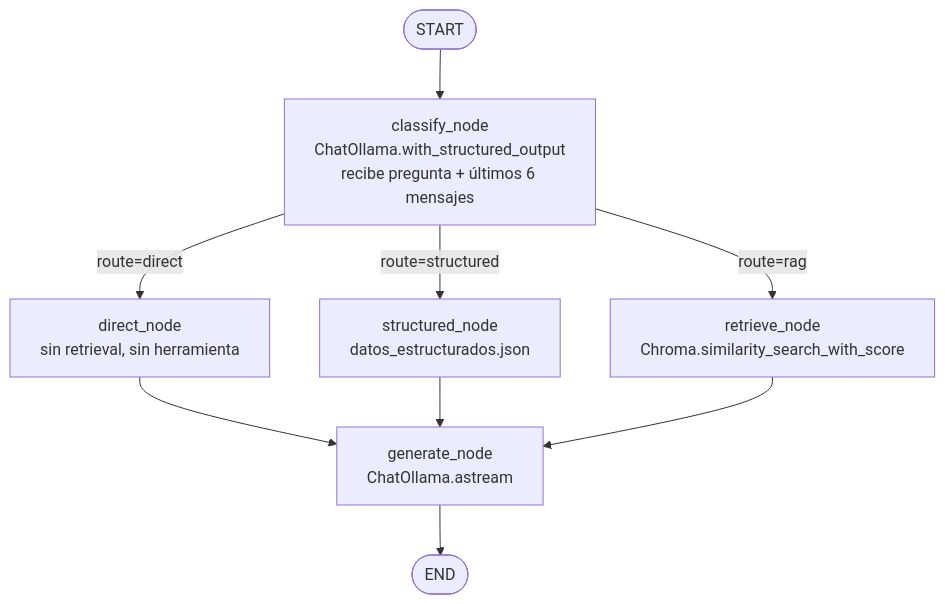
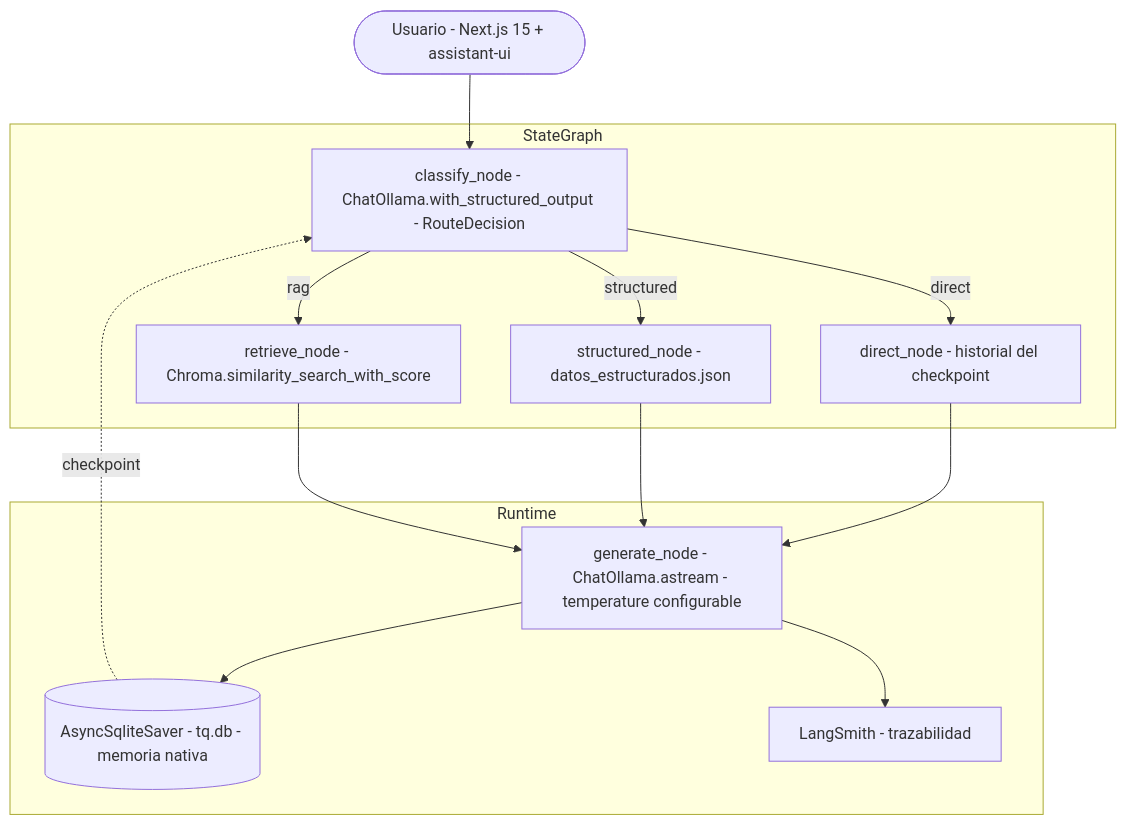
The second of 4 diagrams in README.md (dimarior/tq_chatbot), drawn with Mermaid before and after one commit. The commit also changed other lines of this file, not shown here.

````diff
--- a/README.md
+++ b/README.md
@@ -290,11 +162,24 @@
 ```mermaid
 flowchart TD
-    START([START]) --> CL[classify_node<br/>ChatOllama.with_structured_output<br/>recibe pregunta + últimos 6 mensajes]
-    CL -->|route=direct| DR[direct_node<br/>sin retrieval, sin herramienta]
-    CL -->|route=structured| ST[structured_node<br/>datos_estructurados.json]
-    CL -->|route=rag| RT[retrieve_node<br/>Chroma.similarity_search_with_score]
-    DR --> GN[generate_node<br/>ChatOllama.astream]
+    U([Usuario - Next.js 15 + assistant-ui]) --> CL
+
+    subgraph StateGraph
+        CL[classify_node - ChatOllama.with_structured_output - RouteDecision]
+        CL -->|direct| DR[direct_node - historial del checkpoint]
+        CL -->|structured| ST[structured_node - datos_estructurados.json]
+        CL -->|rag| RT[retrieve_node - Chroma.similarity_search_with_score]
+    end
+
+    subgraph Runtime
+        GN[generate_node - ChatOllama.astream - temperature configurable]
+        CP[(AsyncSqliteSaver - tq.db - memoria nativa)]
+        LS[LangSmith - trazabilidad]
+    end
+
+    DR --> GN
     ST --> GN
     RT --> GN
-    GN --> END([END])
+    GN --> CP
+    GN --> LS
+    CP -.->|checkpoint| CL
 ```
````
